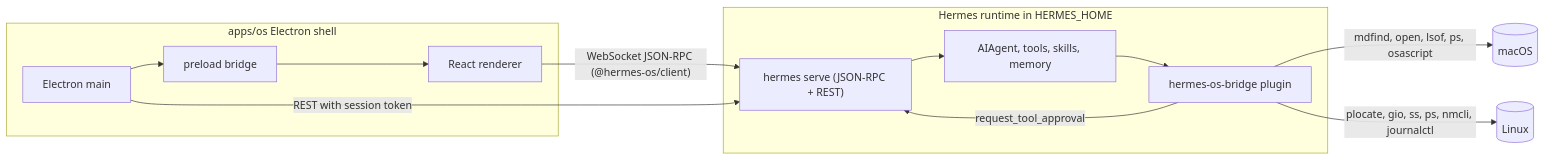
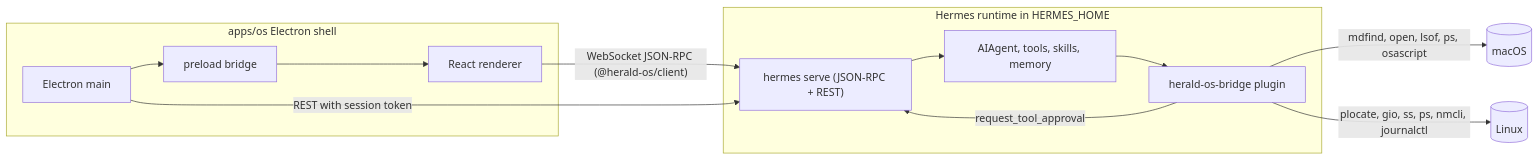
Before and after one commit to BlueDragon4251/HAOS: the diagram in docs/ARCHITECTURE.md, drawn with Mermaid. The commit also changed other lines of this file and 271 other files, not shown here.

First line of the commit message:
Rename Hermes OS to Herald OS, with the Herald logo

````diff
--- a/docs/ARCHITECTURE.md
+++ b/docs/ARCHITECTURE.md
@@ -21,20 +21,20 @@
 ```mermaid
 flowchart LR
   subgraph shell [apps/os Electron shell]
     Main[Electron main]
     Preload[preload bridge]
     Renderer[React renderer]
     Main --> Preload --> Renderer
   end
   subgraph runtime [Hermes runtime in HERMES_HOME]
     Serve["hermes serve (JSON-RPC + REST)"]
     Agent[AIAgent, tools, skills, memory]
-    Bridge[hermes-os-bridge plugin]
+    Bridge[herald-os-bridge plugin]
     Serve --> Agent --> Bridge
   end
-  Renderer -->|"WebSocket JSON-RPC (@hermes-os/client)"| Serve
+  Renderer -->|"WebSocket JSON-RPC (@herald-os/client)"| Serve
   Main -->|"REST with session token"| Serve
   Bridge -->|"request_tool_approval"| Serve
   Bridge -->|"mdfind, open, lsof, ps, osascript"| macOS[(macOS)]
   Bridge -->|"plocate, gio, ss, ps, nmcli, journalctl"| Linux[(Linux)]
 ```
````
